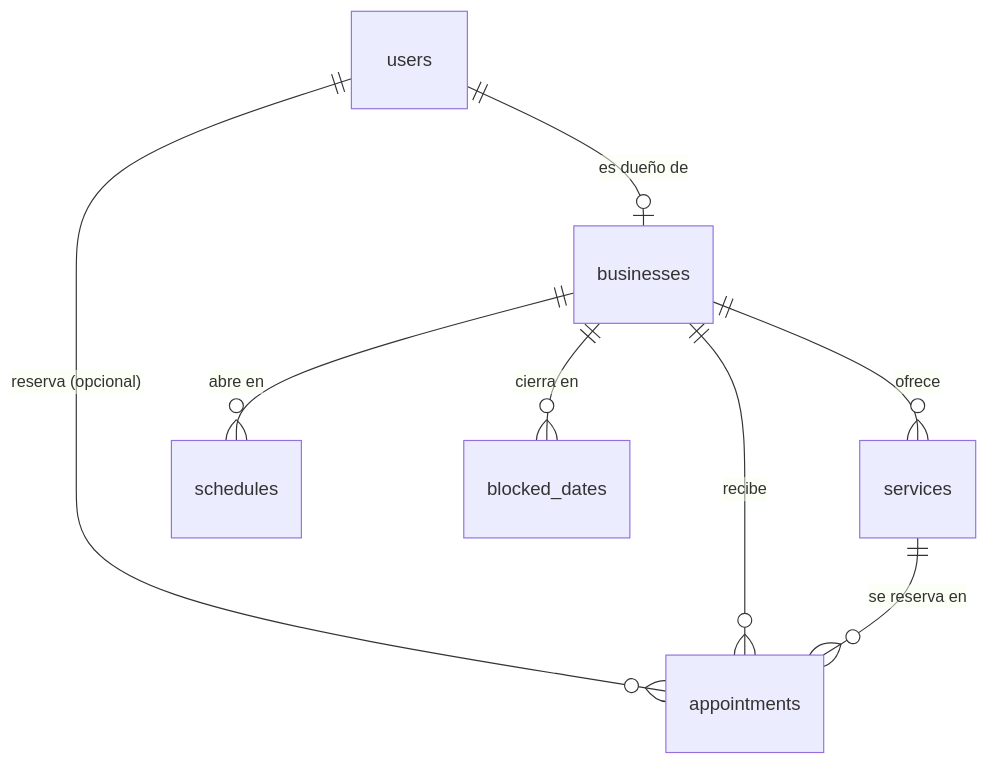
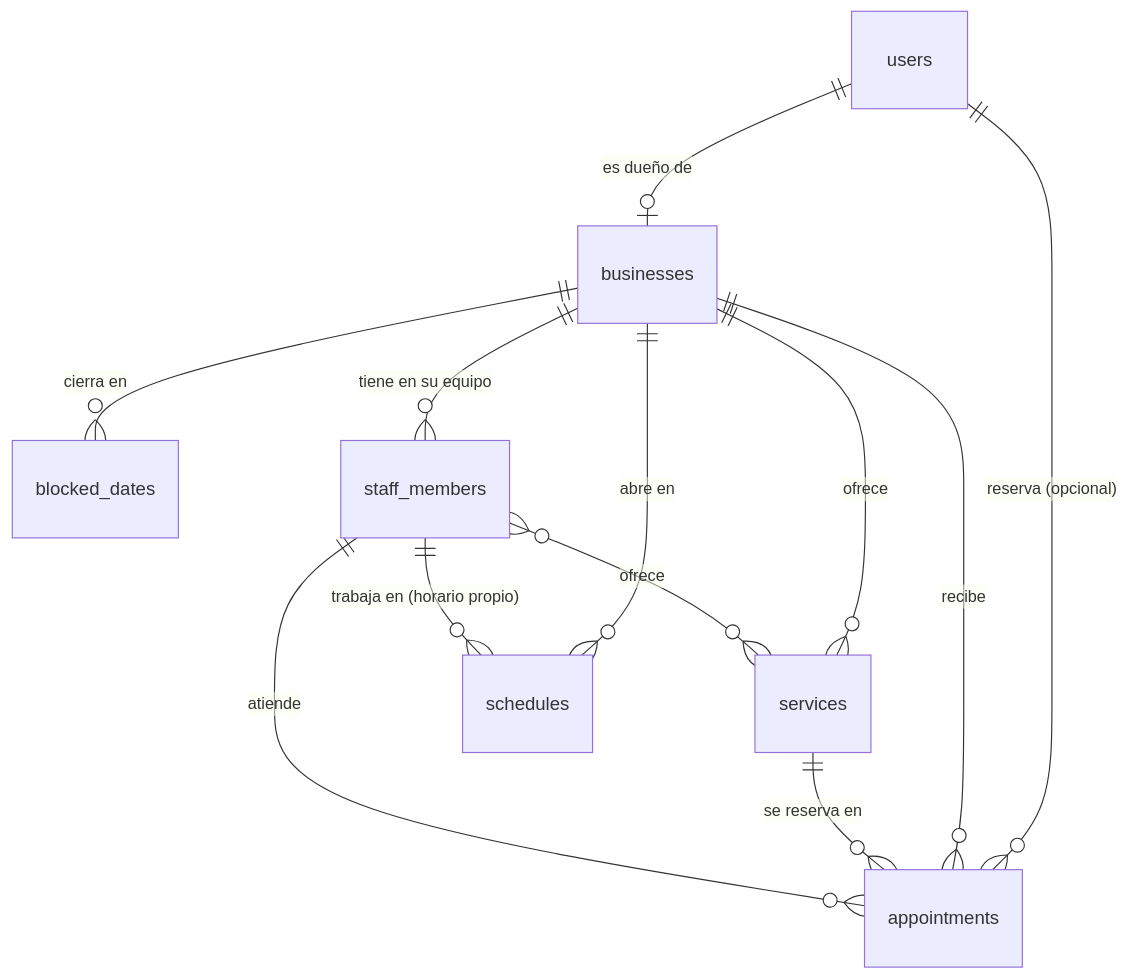
The first of 3 diagrams in docs/arquitectura.md (ingsivan/reservapro), drawn with Mermaid before and after one commit. The commit also changed other lines of this file and 62 other files, not shown here.

````diff
--- a/docs/arquitectura.md
+++ b/docs/arquitectura.md
@@ -7,10 +7,14 @@
 ```mermaid
 erDiagram
     users ||--o| businesses : "es dueño de"
     users ||--o{ appointments : "reserva (opcional)"
     businesses ||--o{ services : ofrece
     businesses ||--o{ schedules : "abre en"
     businesses ||--o{ blocked_dates : "cierra en"
     businesses ||--o{ appointments : recibe
     services ||--o{ appointments : "se reserva en"
+    businesses ||--o{ staff_members : "tiene en su equipo"
+    staff_members }o--o{ services : ofrece
+    staff_members ||--o{ schedules : "trabaja en (horario propio)"
+    staff_members ||--o{ appointments : atiende
 ```
````
